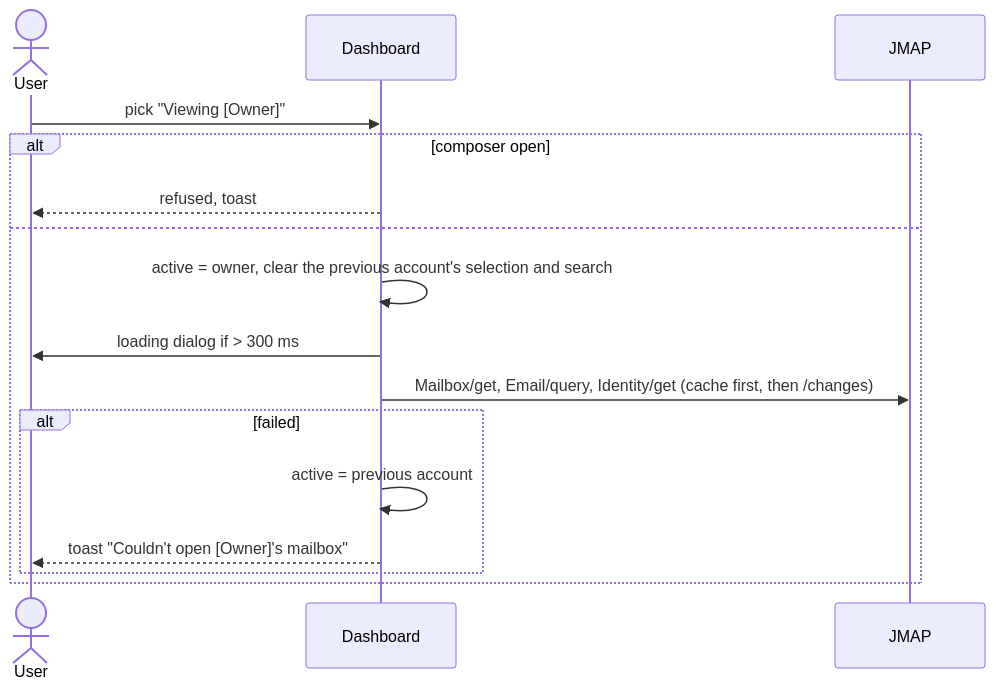
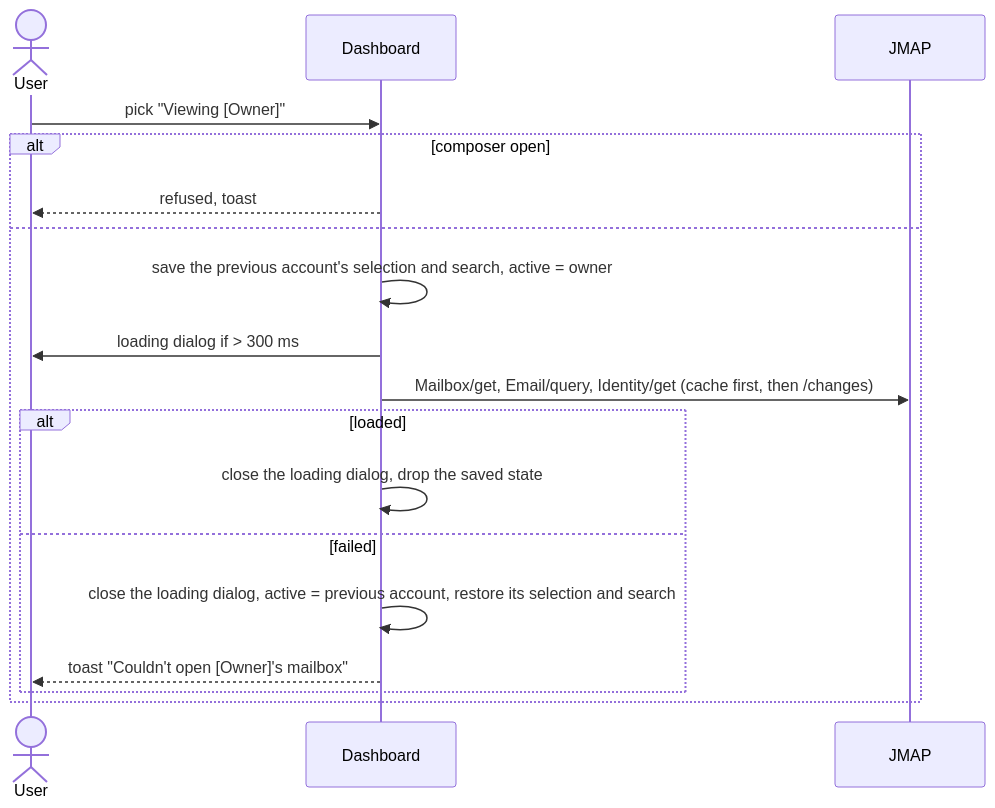
The first of 2 diagrams in docs/adr/0114-delegated-mailbox-access.md (linagora/tmail-flutter), drawn with Mermaid before and after one commit. The commit also changed other lines of this file, not shown here.

Commit message:
fixup! docs(adr): add ADR-0114 for using the mailboxes delegated to me

````diff
--- a/docs/adr/0114-delegated-mailbox-access.md
+++ b/docs/adr/0114-delegated-mailbox-access.md
@@ -40,18 +40,20 @@
 ```mermaid
 sequenceDiagram
   actor U as User
   participant D as Dashboard
   participant J as JMAP
   U->>D: pick "Viewing [Owner]"
   alt composer open
     D-->>U: refused, toast
   else
-    D->>D: active = owner, clear the previous account's selection and search
+    D->>D: save the previous account's selection and search, active = owner
     D->>U: loading dialog if > 300 ms
     D->>J: Mailbox/get, Email/query, Identity/get (cache first, then /changes)
-    alt failed
-      D->>D: active = previous account
+    alt loaded
+      D->>D: close the loading dialog, drop the saved state
+    else failed
+      D->>D: close the loading dialog, active = previous account, restore its selection and search
       D-->>U: toast "Couldn't open [Owner]'s mailbox"
     end
   end
 ```
````
